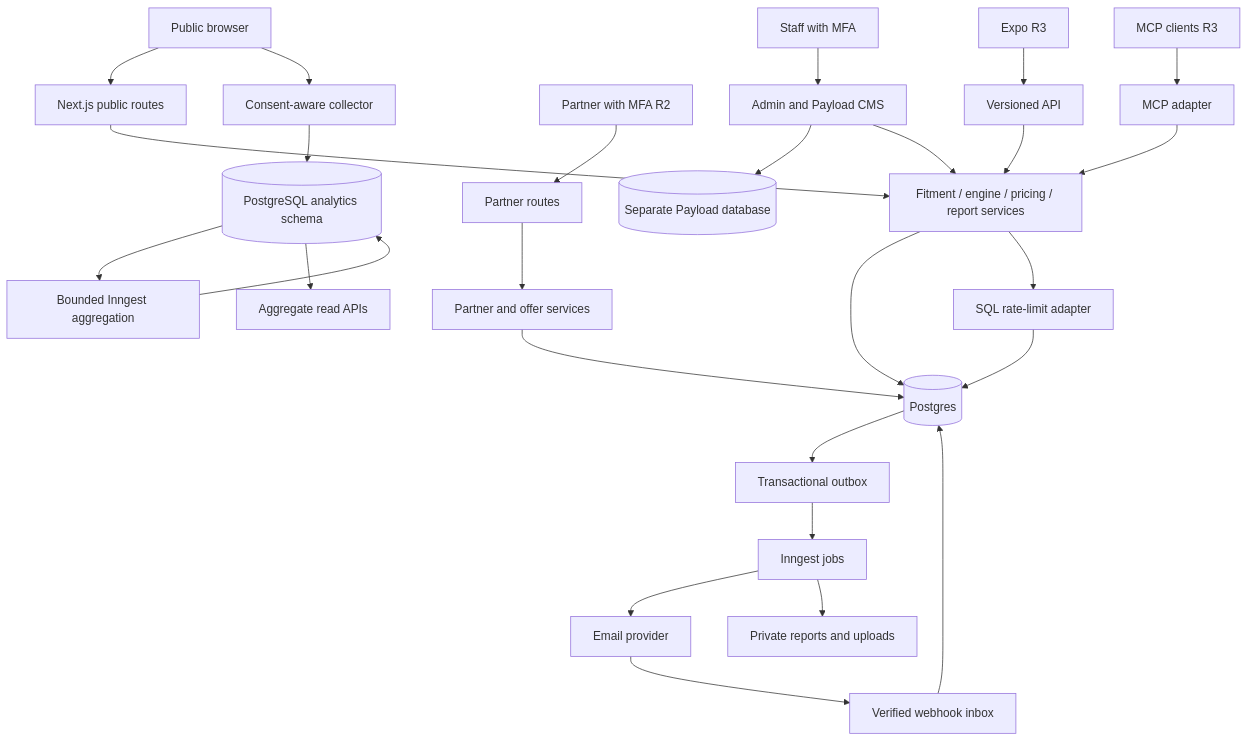
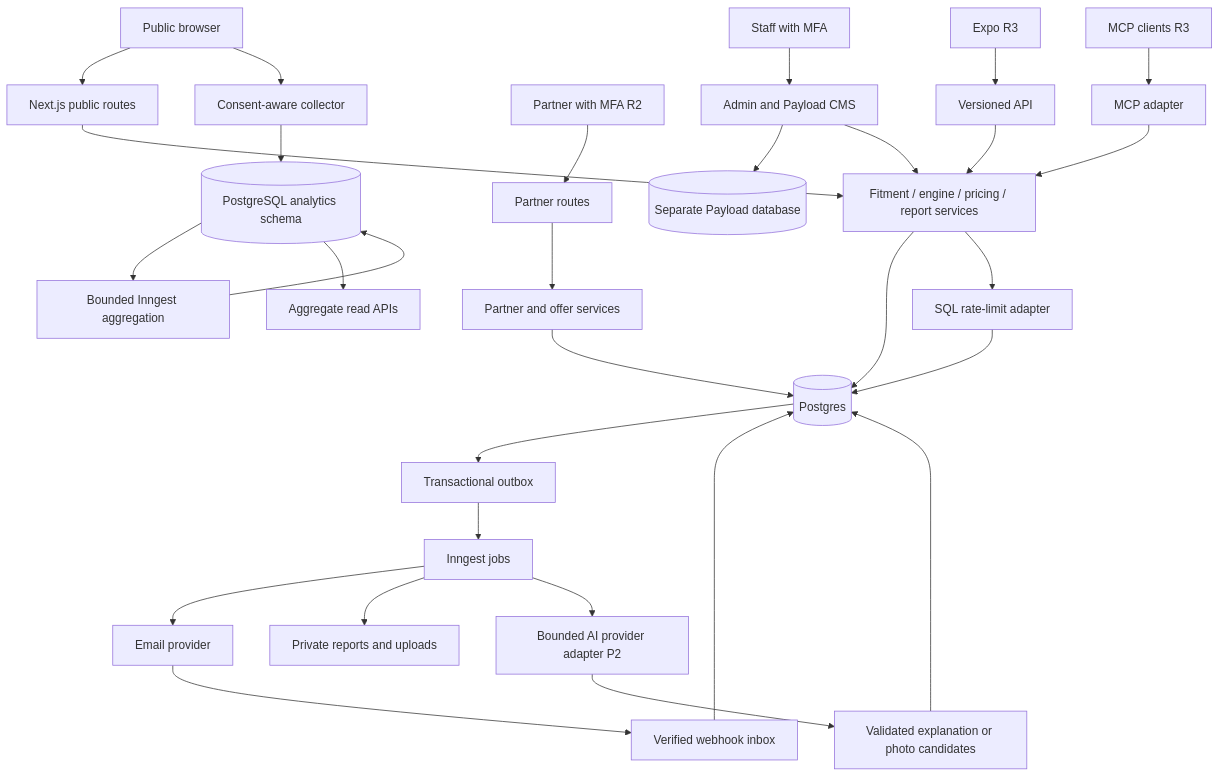
The first of 2 diagrams in docs/02-technical-architecture.md (xmyqyl4x/tiresandtreads), drawn with Mermaid before and after one commit. The commit also changed other lines of this file and 18 other files, not shown here.

````diff
--- a/docs/02-technical-architecture.md
+++ b/docs/02-technical-architecture.md
@@ -48,29 +50,32 @@
 ```mermaid
 flowchart TB
   Browser[Public browser] --> Web[Next.js public routes]
   Staff[Staff with MFA] --> Admin[Admin and Payload CMS]
   Admin --> CMS[(Separate Payload database)]
   Partner[Partner with MFA R2] --> Portal[Partner routes]
   Mobile[Expo R3] --> API[Versioned API]
   MCP[MCP clients R3] --> Tools[MCP adapter]
   Web --> Domain[Fitment / engine / pricing / report services]
   API --> Domain
   Tools --> Domain
   Admin --> Domain
   Portal --> Offers[Partner and offer services]
   Domain --> PG[(Postgres)]
   Offers --> PG
   PG --> Outbox[Transactional outbox]
   Outbox --> Jobs[Inngest jobs]
   Jobs --> ESP[Email provider]
   Jobs --> Objects[Private reports and uploads]
+  Jobs --> AI[Bounded AI provider adapter P2]
+  AI --> Validated[Validated explanation or photo candidates]
+  Validated --> PG
   ESP --> Hooks[Verified webhook inbox]
   Hooks --> PG
   Browser --> Collector[Consent-aware collector]
   Collector --> Analytics[(PostgreSQL analytics schema)]
   Analytics --> Aggregate[Bounded Inngest aggregation]
   Aggregate --> Analytics
   Analytics --> Metrics[Aggregate read APIs]
   Domain --> Limits[SQL rate-limit adapter]
   Limits --> PG
 ```
````
